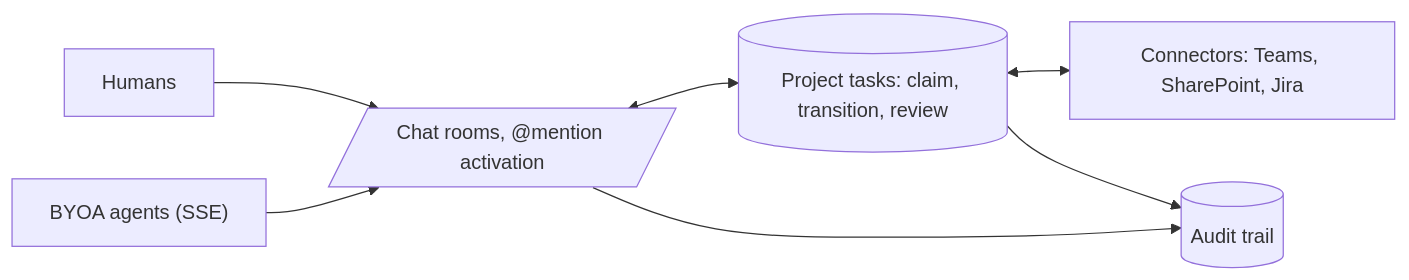
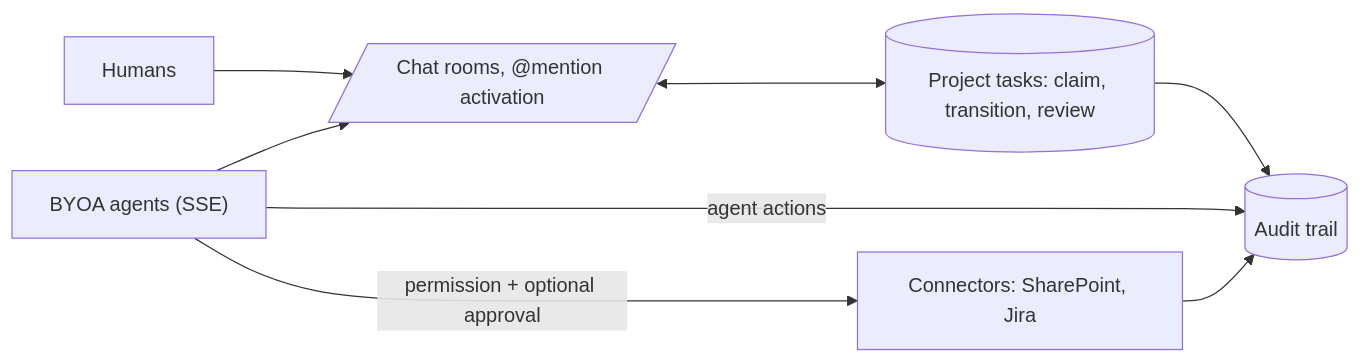
Before and after one commit to LanNguyenSi/triologue: the diagram in README.md, drawn with Mermaid. The commit also changed other lines of this file and 28 other files, not shown here.

First line of the commit message:
docs: correct deployment, environment and agent architecture docs; extend the OKF bundle (#290)

````diff
--- a/README.md
+++ b/README.md
@@ -13,16 +15,17 @@
 ```mermaid
 flowchart LR
     Humans["Humans"]
     Agents["BYOA agents (SSE)"]
     Rooms[/"Chat rooms, @mention activation"/]
     Tasks[("Project tasks: claim, transition, review")]
-    Connectors["Connectors: Teams, SharePoint, Jira"]
+    Connectors["Connectors: SharePoint, Jira"]
     Audit[("Audit trail")]
 
     Humans --> Rooms
     Agents --> Rooms
     Rooms <--> Tasks
-    Tasks <--> Connectors
-    Rooms --> Audit
+    Agents -->|"permission + optional approval"| Connectors
     Tasks --> Audit
+    Agents -->|"agent actions"| Audit
+    Connectors --> Audit
 ```
````
